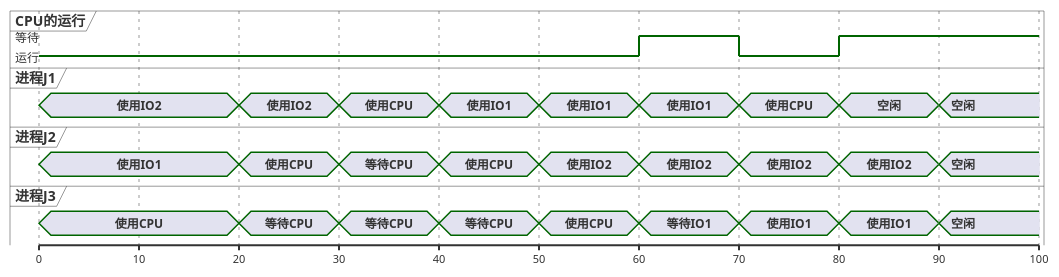
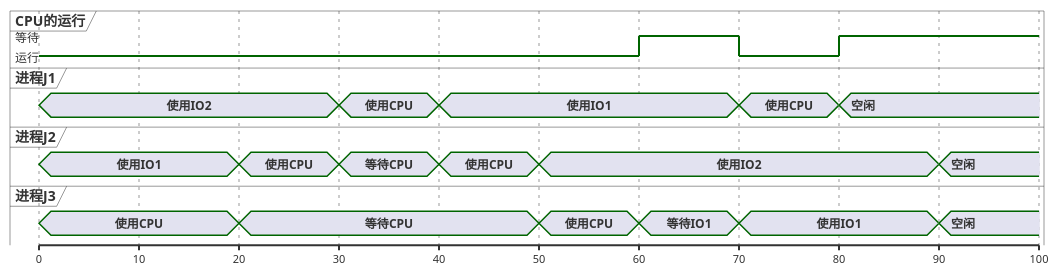
The diagram in science/prictice.md (wcs-ai/VNote), drawn with PlantUML before and after one commit. The commit also changed other lines of this file and 12 other files, not shown here.

````diff
--- a/science/prictice.md
+++ b/science/prictice.md
@@ -289,55 +289,39 @@
 ```puml
 @startuml
 scale 10 as 100 pixels
 robust "CPU的运行" as process
 concise "进程J1" as J1
 concise "进程J2" as J2
 concise "进程J3" as J3
-
 @0
 process is 运行
 J1 is 使用IO2
 J2 is 使用IO1
 J3 is 使用CPU
 @20
-process is 运行
-J1 is 使用IO2
 J2 is 使用CPU
 J3 is 等待CPU
 @30
-process is 运行
 J1 is 使用CPU
 J2 is 等待CPU
-J3 is 等待CPU
 @40
-process is 运行
 J1 is 使用IO1
 J2 is 使用CPU
-J3 is 等待CPU
 @50
-process is 运行
-J1 is 使用IO1
 J2 is 使用IO2
 J3 is 使用CPU
 @60
 process is 等待
-J1 is 使用IO1
-J2 is 使用IO2
 J3 is 等待IO1
 @70
 process is 运行
 J1 is 使用CPU
-J2 is 使用IO2
 J3 is 使用IO1
 @80
 process is 等待
 J1 is 空闲
-J2 is 使用IO2
-J3 is 使用IO1
 @90
-process is 等待
-J1 is 空闲
 J2 is 空闲
 J3 is 空闲
 @enduml
 ```
````
